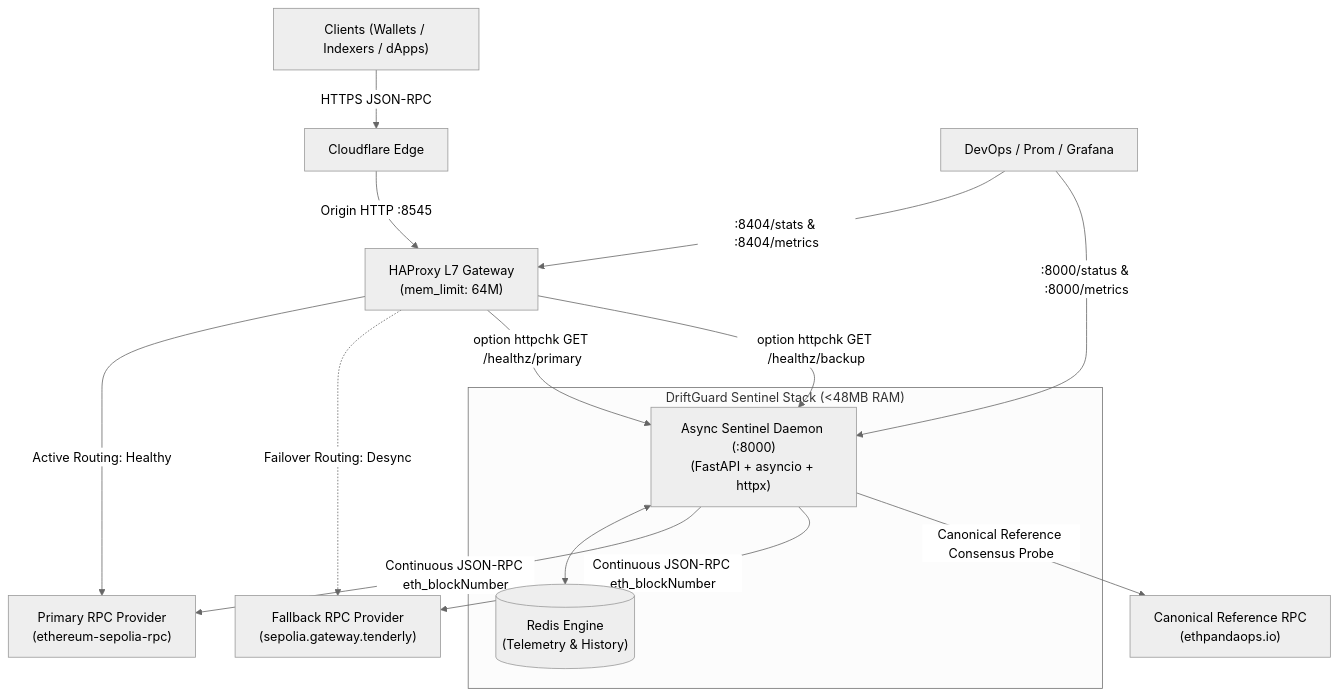
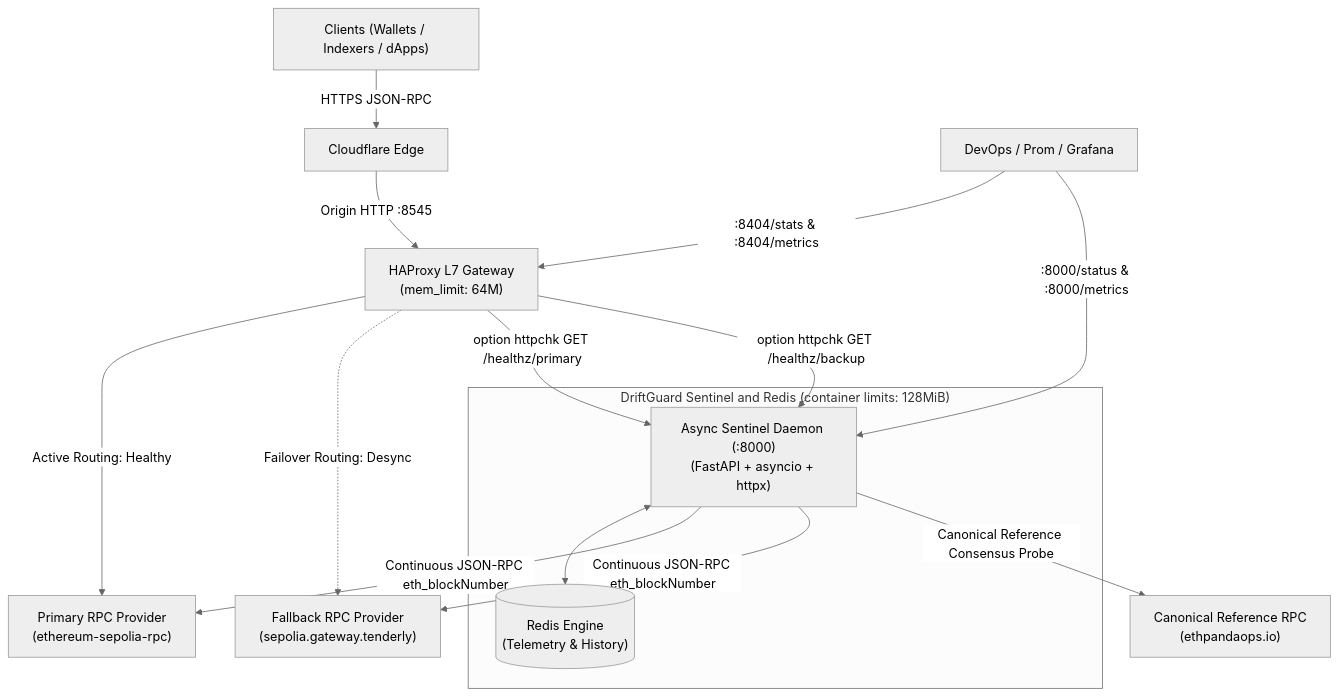
One commit to maskalfreeup-glitch/driftguard changed the diagram in README.md. Above: the diagram before and after it, drawn with Mermaid (neutral theme). The commit also changed other lines of this file and 12 other files, not shown here.

````diff
--- a/README.md
+++ b/README.md
@@ -95,24 +95,24 @@
 ```mermaid
 flowchart TD
     Client["Clients (Wallets / Indexers / dApps)"] -->|HTTPS JSON-RPC| CF["Cloudflare Edge"]
     CF -->|Origin HTTP :8545| HAP["HAProxy L7 Gateway\n(mem_limit: 64M)"]
     
     HAP -->|Active Routing: Healthy| P["Primary RPC Provider\n(ethereum-sepolia-rpc)"]
     HAP -.->|Failover Routing: Desync| F["Fallback RPC Provider\n(sepolia.gateway.tenderly)"]
     
-    subgraph Sentinel_Engine ["DriftGuard Sentinel Stack (<48MB RAM)"]
+    subgraph Sentinel_Engine ["DriftGuard Sentinel and Redis (container limits: 128MiB)"]
         S["Async Sentinel Daemon (:8000)\n(FastAPI + asyncio + httpx)"]
         R[("Redis Engine\n(Telemetry & History)")]
         S <--> R
     end
 
     S -->|Continuous JSON-RPC eth_blockNumber| P
     S -->|Continuous JSON-RPC eth_blockNumber| F
     S -->|Canonical Reference Consensus Probe| C["Canonical Reference RPC\n(ethpandaops.io)"]
     
     HAP -->|option httpchk GET /healthz/primary| S
     HAP -->|option httpchk GET /healthz/backup| S
 
     Operator["DevOps / Prom / Grafana"] -->|:8404/stats & :8404/metrics| HAP
     Operator -->|:8000/status & :8000/metrics| S
 ```
````
